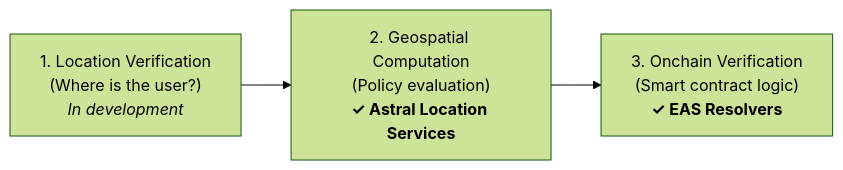
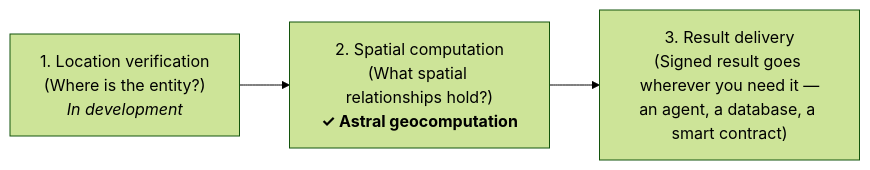
The diagram in concepts/verifiable-computation.mdx (AstralProtocol/mintlify-docs), drawn with Mermaid (forest theme) before and after one commit. The commit also changed other lines of this file and 5 other files, not shown here.

````diff
--- a/concepts/verifiable-computation.mdx
+++ b/concepts/verifiable-computation.mdx
@@ -18,5 +16,5 @@
 ```mermaid
 graph LR
-    A["1. Location Verification<br/>(Where is the user?)<br/><i>In development</i>"] --> B["2. Geospatial Computation<br/>(Policy evaluation)<br/><b>✓ Astral Location Services</b>"]
-    B --> C["3. Onchain Verification<br/>(Smart contract logic)<br/><b>✓ EAS Resolvers</b>"]
+    A["1. Location verification<br/>(Where is the entity?)<br/><i>In development</i>"] --> B["2. Spatial computation<br/>(What spatial relationships hold?)<br/><b>✓ Astral geocomputation</b>"]
+    B --> C["3. Result delivery<br/>(Signed result goes wherever you need it —<br/>an agent, a database, a smart contract)"]
 ```
````
